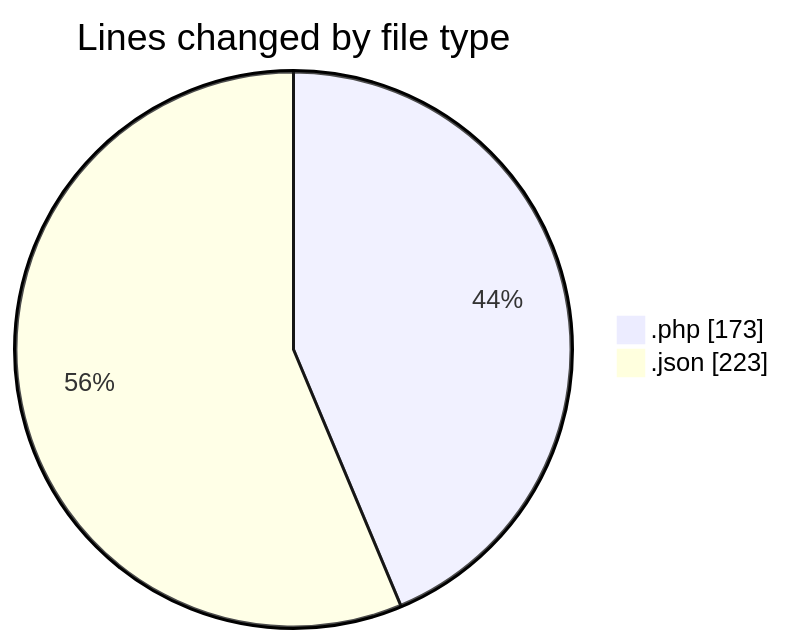
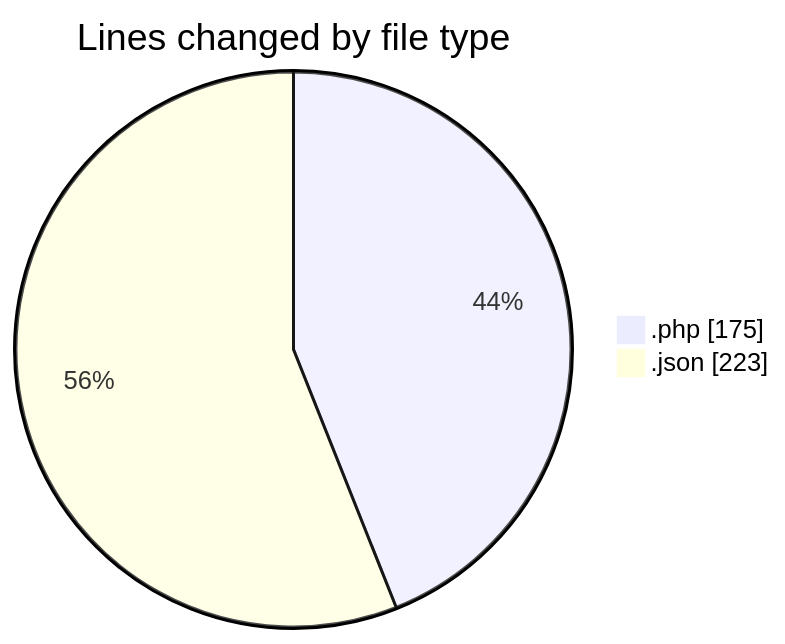
The first of 2 diagrams in 2025-03-27/autodidak/README.md (idhammustaqopulfikri/code-tracking), drawn with Mermaid before and after one commit. The commit also changed other lines of this file and 1 other file, not shown here.

````diff
--- a/2025-03-27/autodidak/README.md
+++ b/2025-03-27/autodidak/README.md
@@ -23,6 +23,6 @@
 ```mermaid
 pie showData
 title Lines changed by file type
-".php" : 173
+".php" : 175
 ".json" : 223
 ```
````
